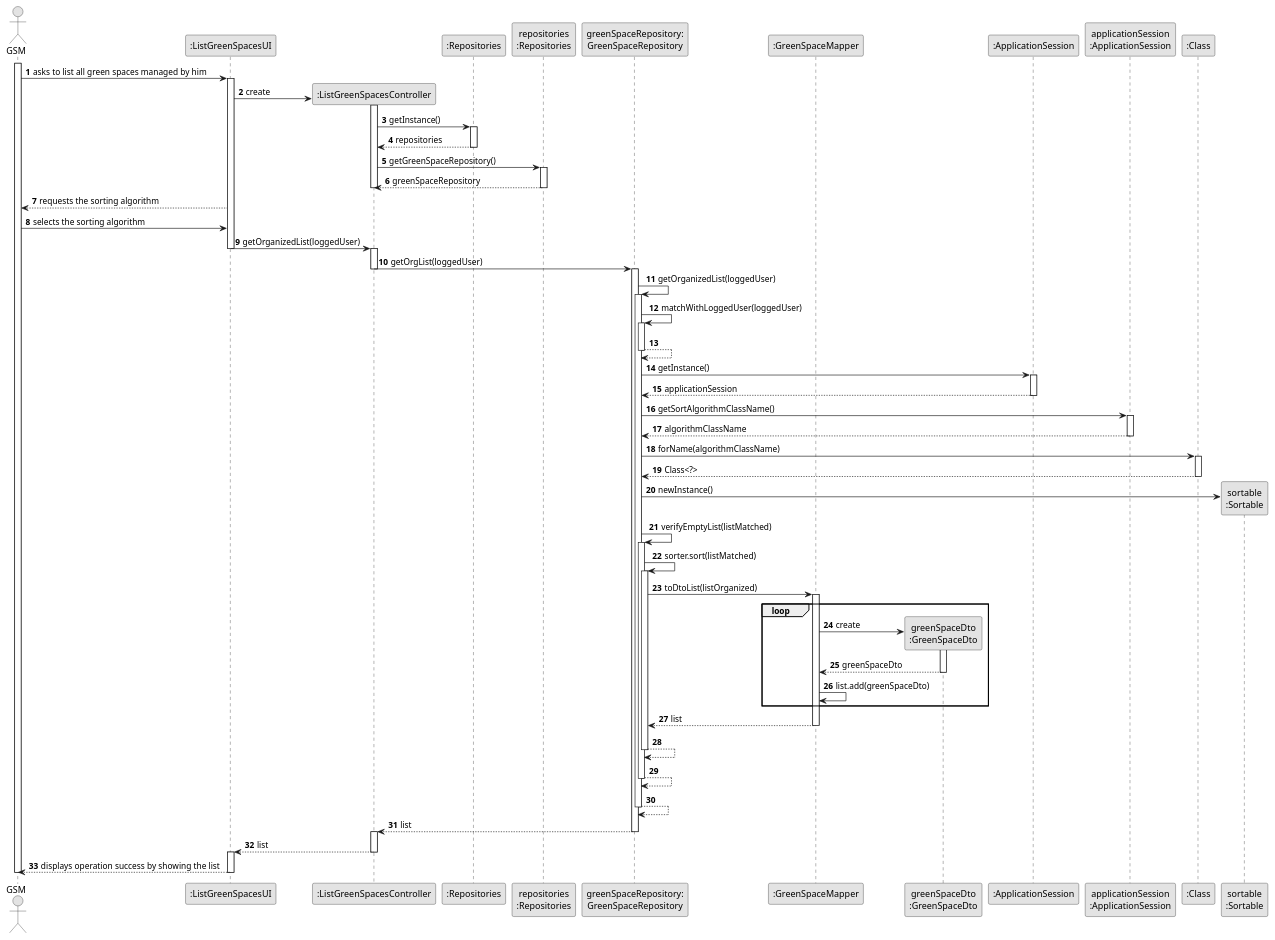
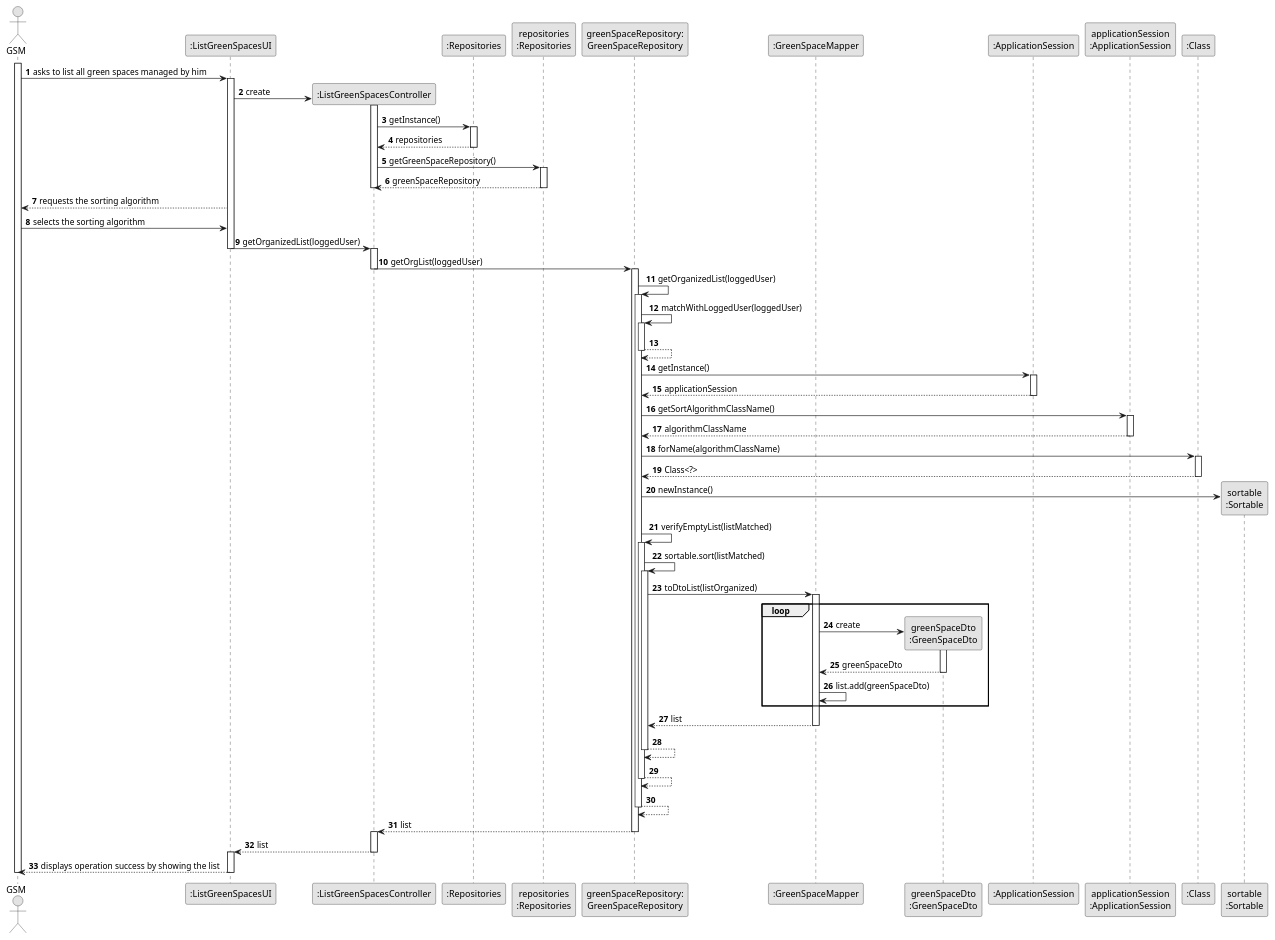
One commit to ricardomm7/leaflink changed the diagram in docs/sprintC/us027/03.design/puml/us027-sequence-diagram-full.puml. Above: the diagram before and after it, drawn with PlantUML. The commit also changed 14 other files, not shown here.

```diff
--- a/docs/sprintC/us027/03.design/puml/us027-sequence-diagram-full.puml
+++ b/docs/sprintC/us027/03.design/puml/us027-sequence-diagram-full.puml
@@ -2,109 +2,109 @@
 @startuml
 skinparam monochrome true
 skinparam packageStyle rectangle
 skinparam shadowing false
 
 ''title System Sequence Diagram (SSD) - US006
 
 autonumber
 
 actor "GSM" as GSM
 participant ":ListGreenSpacesUI" as UI
 participant ":ListGreenSpacesController" as CTRL
 participant ":Repositories" as RepositorySingleton
 participant "repositories\n:Repositories" as PLAT
 participant "greenSpaceRepository:\nGreenSpaceRepository" as GreenSpaceRepo
 participant ":GreenSpaceMapper" as mapper
 participant "greenSpaceDto\n:GreenSpaceDto" as dto
 participant ":ApplicationSession" as ApplicationSession
 participant "applicationSession\n:ApplicationSession" as applicationSession
 participant ":Class" as Class
 participant "sortable\n:Sortable" as SortAlgorithms
 
 activate GSM
 GSM -> UI : asks to list all green spaces managed by him
 activate UI
 UI -> CTRL** : create
 activate CTRL
 CTRL -> RepositorySingleton : getInstance()
 activate RepositorySingleton
 RepositorySingleton --> CTRL : repositories
 deactivate RepositorySingleton
 CTRL -> PLAT : getGreenSpaceRepository()
 activate PLAT
 PLAT -->  CTRL: greenSpaceRepository
 deactivate CTRL
 
 deactivate PLAT
 UI --> GSM : requests the sorting algorithm
 GSM -> UI : selects the sorting algorithm
 UI -> CTRL : getOrganizedList(loggedUser)
 deactivate UI
 activate CTRL
 
 
 CTRL -> GreenSpaceRepo : getOrgList(loggedUser)
 deactivate CTRL
 
 activate GreenSpaceRepo
 GreenSpaceRepo -> GreenSpaceRepo : getOrganizedList(loggedUser)
 activate GreenSpaceRepo
 GreenSpaceRepo -> GreenSpaceRepo : matchWithLoggedUser(loggedUser)
 activate GreenSpaceRepo
 GreenSpaceRepo --> GreenSpaceRepo
 deactivate GreenSpaceRepo
 
 GreenSpaceRepo -> ApplicationSession : getInstance()
 activate ApplicationSession
 ApplicationSession --> GreenSpaceRepo : applicationSession
 deactivate ApplicationSession
 GreenSpaceRepo -> applicationSession : getSortAlgorithmClassName()
 activate applicationSession
 applicationSession --> GreenSpaceRepo : algorithmClassName
 deactivate applicationSession
 
 GreenSpaceRepo -> Class : forName(algorithmClassName)
 activate Class
 Class --> GreenSpaceRepo : Class<?>
 deactivate Class
 
 GreenSpaceRepo -> SortAlgorithms** : newInstance()
 
 
 GreenSpaceRepo -> GreenSpaceRepo : verifyEmptyList(listMatched)
 activate GreenSpaceRepo
 
-GreenSpaceRepo -> GreenSpaceRepo : sorter.sort(listMatched)
+GreenSpaceRepo -> GreenSpaceRepo : sortable.sort(listMatched)
 activate GreenSpaceRepo
 GreenSpaceRepo -> mapper : toDtoList(listOrganized)
 activate mapper
 
 loop
 mapper -> dto** : create
 activate dto
 dto --> mapper : greenSpaceDto
 deactivate dto
 mapper -> mapper : list.add(greenSpaceDto)
 end loop
 
 mapper --> GreenSpaceRepo : list
 deactivate mapper
 GreenSpaceRepo --> GreenSpaceRepo
 deactivate GreenSpaceRepo
 GreenSpaceRepo --> GreenSpaceRepo
 deactivate GreenSpaceRepo
 GreenSpaceRepo --> GreenSpaceRepo
 deactivate GreenSpaceRepo
 
 GreenSpaceRepo --> CTRL:list
 deactivate GreenSpaceRepo
 activate CTRL
 CTRL --> UI : list
 
 deactivate CTRL
 activate UI
 UI --> GSM : displays operation success by showing the list
 deactivate UI
 deactivate GSM
 
 @enduml
```
